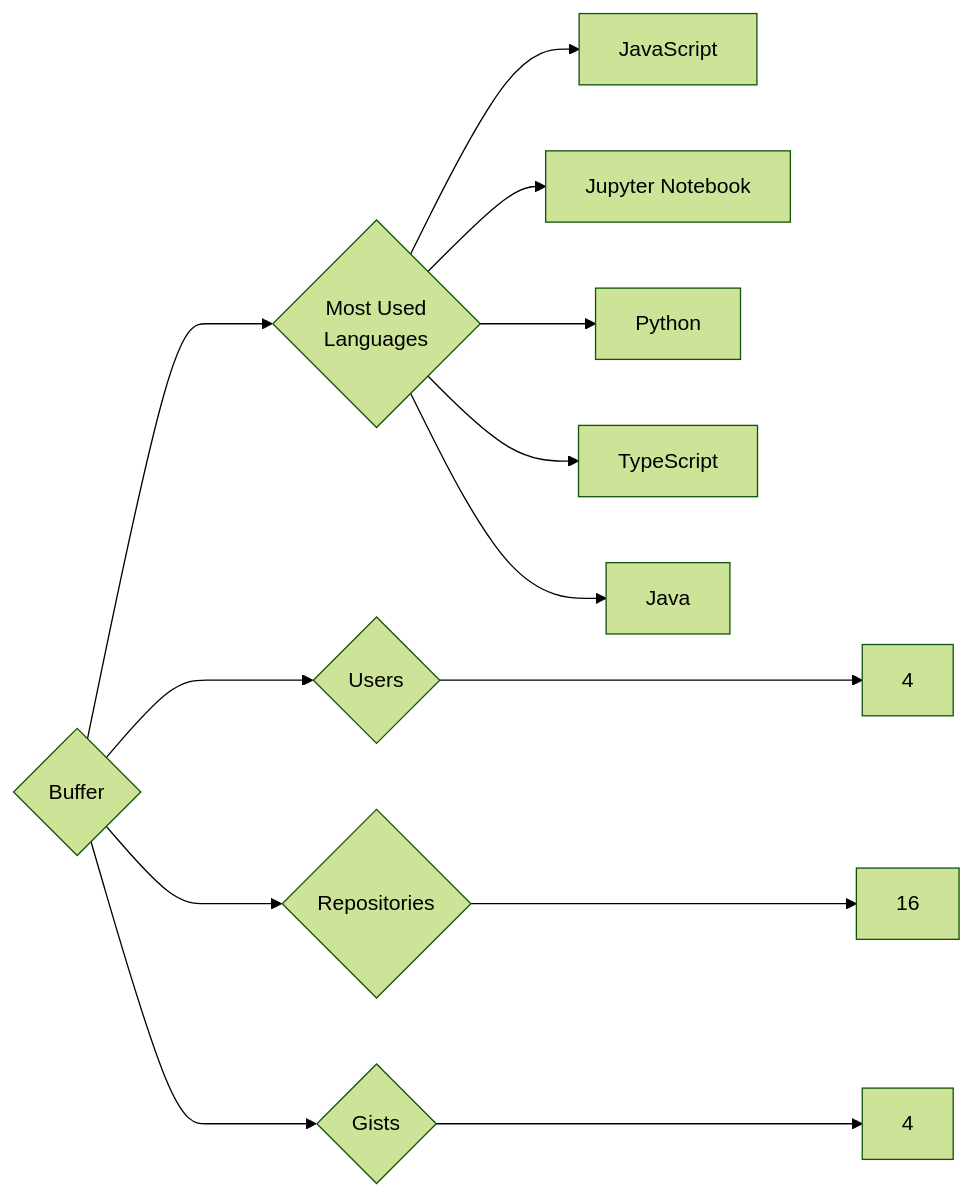
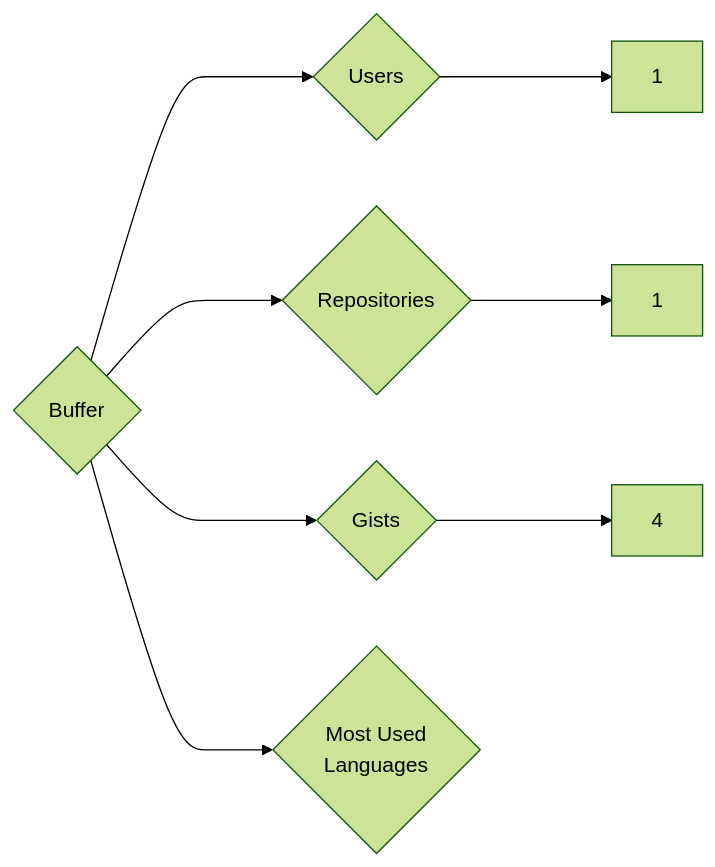
One commit to trickest/insiders changed the diagram in targets/Buffer/README.md. Above: the diagram before and after it, drawn with Mermaid (forest theme). The commit also changed 679 other files, not shown here.

````diff
--- a/targets/Buffer/README.md
+++ b/targets/Buffer/README.md
@@ -3,13 +3,8 @@
 ```mermaid
 graph LR
 COMPANY_NAME{Buffer}
-COMPANY_NAME ---> U{Users} ---> UN[4]
-COMPANY_NAME ---> R{Repositories} ---> RN[16]
+COMPANY_NAME ---> U{Users} ---> UN[1]
+COMPANY_NAME ---> R{Repositories} ---> RN[1]
 COMPANY_NAME ---> G{Gists} ---> GN[4]
 COMPANY_NAME ---> ML{Most Used<br>Languages}
-ML --> JavaScript[JavaScript]
-ML --> Jupyter_Notebook[Jupyter Notebook]
-ML --> Python[Python]
-ML --> TypeScript[TypeScript]
-ML --> Java[Java]
 ```
````
